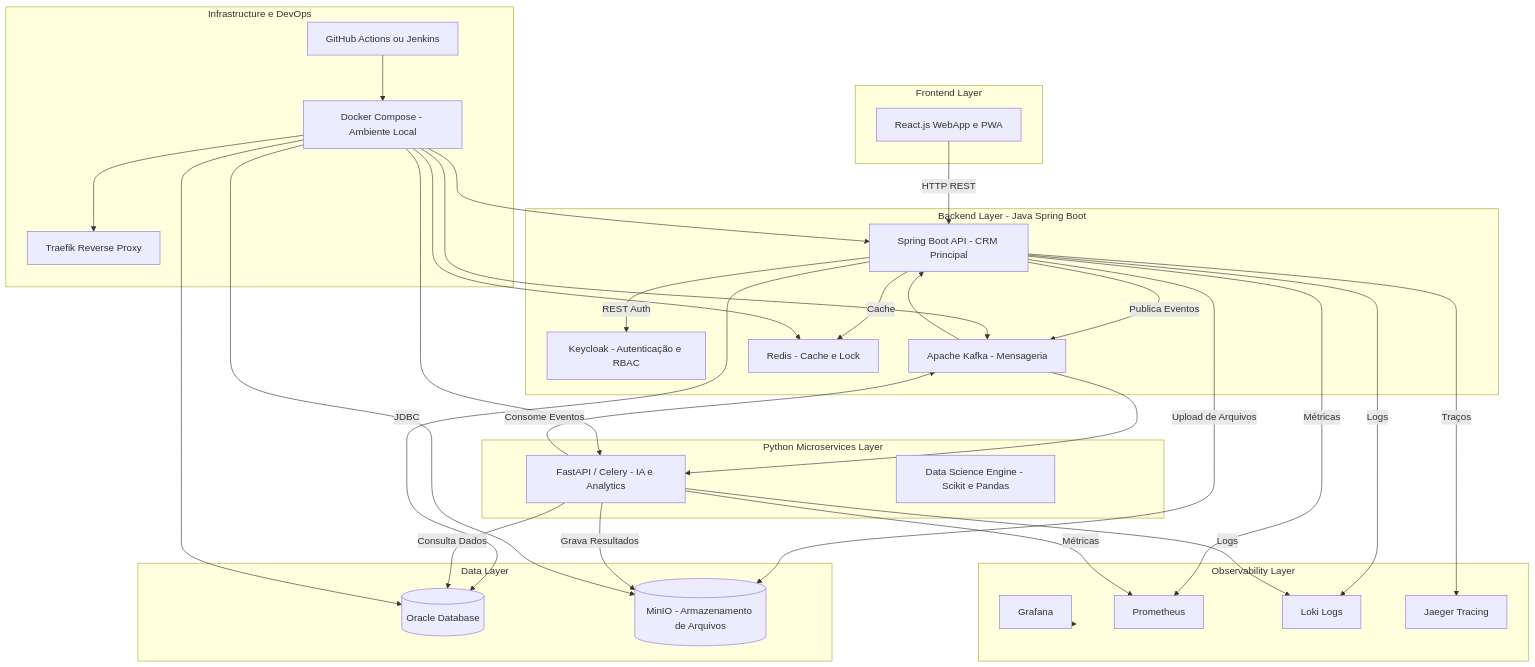
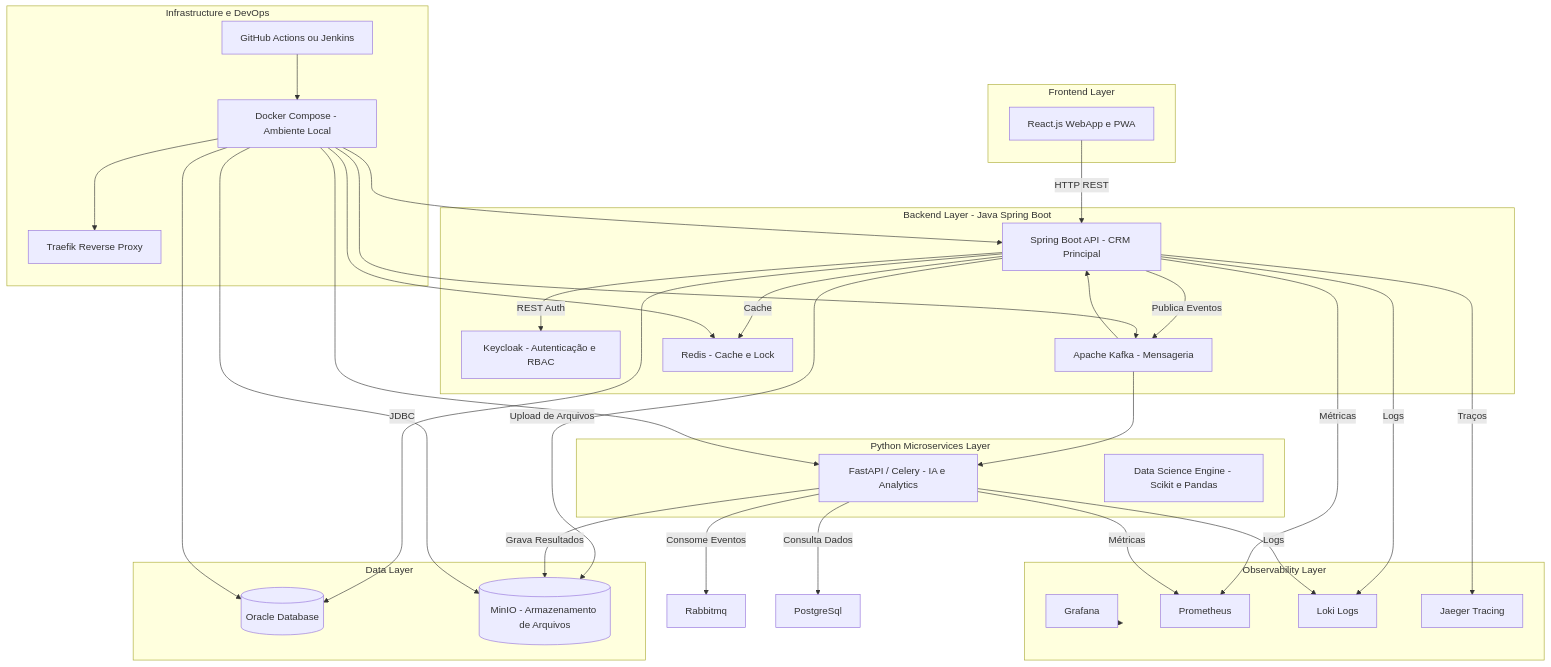
Before and after one commit to CAIOMSa/HospitalSaoRafael: the diagram in Arquitetura.md, drawn with Mermaid.

````diff
--- a/Arquitetura.md
+++ b/Arquitetura.md
@@ -1,73 +1,73 @@
 ```mermaid
 flowchart TB
     %% =======================
     %% Camadas principais
     %% =======================
     subgraph FRONTEND[Frontend Layer]
         REACT[React.js WebApp e PWA]
     end
 
     subgraph BACKEND[Backend Layer - Java Spring Boot]
         API[Spring Boot API - CRM Principal]
         SECURITY[Keycloak - Autenticação e RBAC]
         KAFKA[Apache Kafka - Mensageria]
         REDIS[Redis - Cache e Lock]
     end
 
     subgraph DATA[Data Layer]
         ORACLE[(Oracle Database)]
         MINIO[(MinIO - Armazenamento de Arquivos)]
     end
 
     subgraph PY_MICROSERVICES[Python Microservices Layer]
         PYAI[FastAPI / Celery - IA e Analytics]
         DS[Data Science Engine - Scikit e Pandas]
     end
 
     subgraph OBS[Observability Layer]
         GRAFANA[Grafana]
         PROMETHEUS[Prometheus]
         LOKI[Loki Logs]
         JAEGER[Jaeger Tracing]
     end
 
     subgraph INFRA[Infrastructure e DevOps]
         DOCKER[Docker Compose - Ambiente Local]
         TRAEFIK[Traefik Reverse Proxy]
         GIT[GitHub Actions ou Jenkins]
     end
 
     %% =======================
     %% Fluxos principais
     %% =======================
     REACT -->|HTTP REST| API
     API -->|JDBC| ORACLE
     API -->|REST Auth| SECURITY
     API -->|Publica Eventos| KAFKA
     API -->|Cache| REDIS
     API -->|Upload de Arquivos| MINIO
 
-    PYAI -->|Consome Eventos| KAFKA
-    PYAI -->|Consulta Dados| ORACLE
+    PYAI -->|Consome Eventos| Rabbitmq
+    PYAI -->|Consulta Dados| PostgreSql
     PYAI -->|Grava Resultados| MINIO
 
     KAFKA --> API
     KAFKA --> PYAI
 
     API -->|Métricas| PROMETHEUS
     API -->|Logs| LOKI
     API -->|Traços| JAEGER
     PYAI -->|Métricas| PROMETHEUS
     PYAI -->|Logs| LOKI
     OBS --> GRAFANA
 
     DOCKER --> API
     DOCKER --> PYAI
     DOCKER --> ORACLE
     DOCKER --> KAFKA
     DOCKER --> REDIS
     DOCKER --> MINIO
     DOCKER --> TRAEFIK
     GIT --> DOCKER
 
 ```
````
